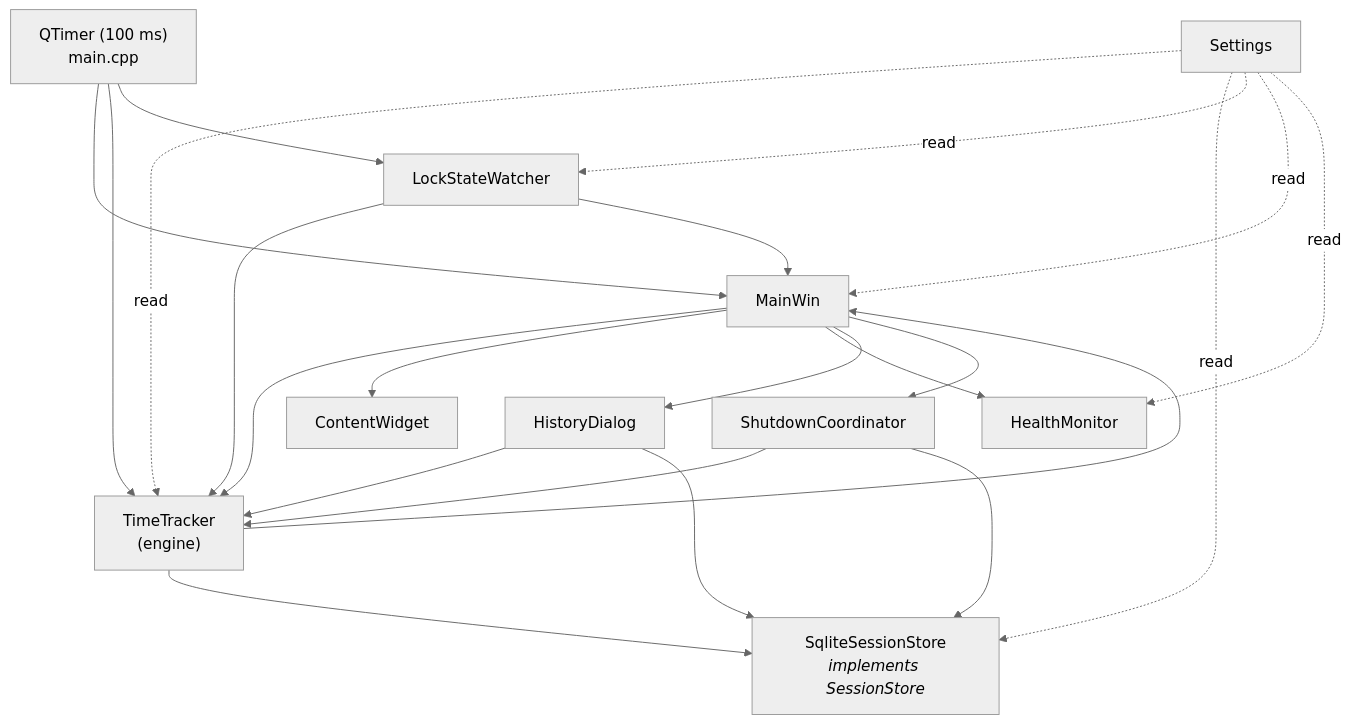
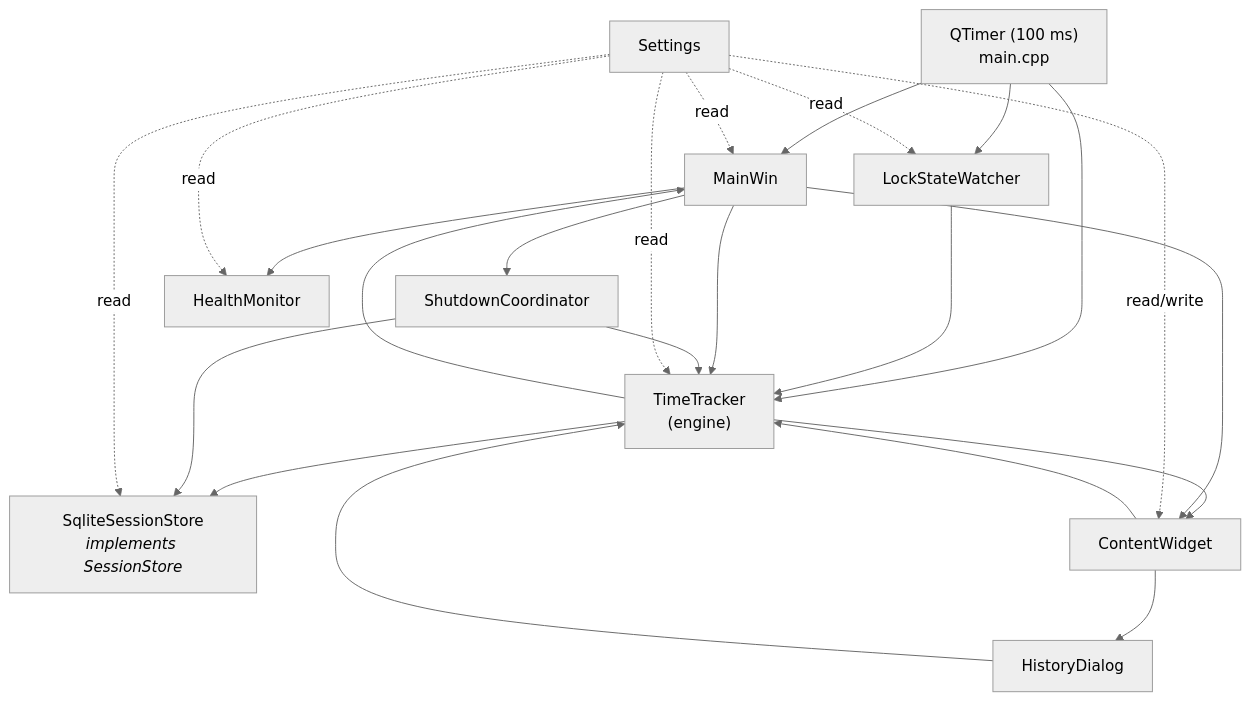
The first of 2 diagrams in doc/architecture.md (marifoo/PausePilot), drawn with Mermaid (neutral theme) before and after one commit. The commit also changed other lines of this file and 5 other files, not shown here.

````diff
--- a/doc/architecture.md
+++ b/doc/architecture.md
@@ -11,41 +11,43 @@
 ```mermaid
 graph TD
     Heartbeat["QTimer (100 ms)<br/>main.cpp"]
     Settings["Settings"]
     LockWatcher["LockStateWatcher"]
     Store["SqliteSessionStore<br/><i>implements SessionStore</i>"]
     TimeTracker["TimeTracker<br/>(engine)"]
     Shutdown["ShutdownCoordinator"]
     MainWin["MainWin"]
     Content["ContentWidget"]
     Health["HealthMonitor"]
     History["HistoryDialog"]
 
     Heartbeat --> MainWin
     Heartbeat --> TimeTracker
     Heartbeat --> LockWatcher
 
     LockWatcher --> TimeTracker
-    LockWatcher --> MainWin
 
     TimeTracker --> Store
     TimeTracker --> MainWin
+    TimeTracker --> Content
 
     MainWin --> TimeTracker
     MainWin --> Content
     MainWin --> Health
-    MainWin --> History
     MainWin --> Shutdown
 
     Shutdown --> TimeTracker
     Shutdown --> Store
 
+    Content --> TimeTracker
+    Content --> History
+
     History --> TimeTracker
-    History --> Store
 
     Settings -.read.-> TimeTracker
     Settings -.read.-> Store
     Settings -.read.-> LockWatcher
     Settings -.read.-> MainWin
     Settings -.read.-> Health
+    Settings -.read/write.-> Content
 ```
````
